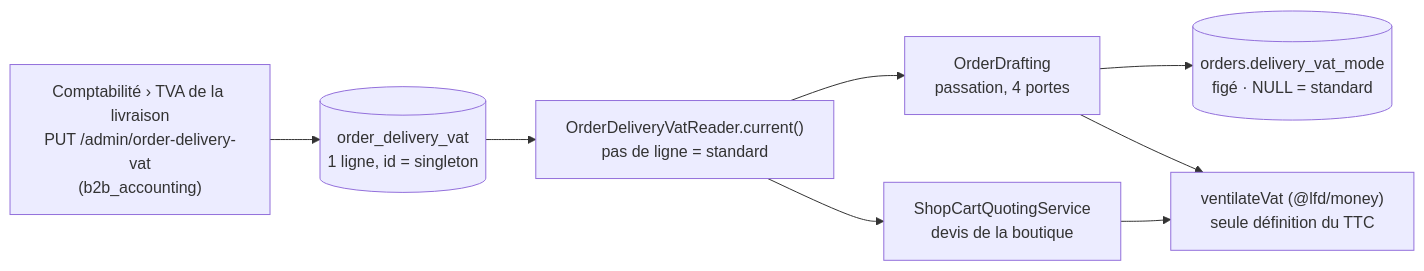
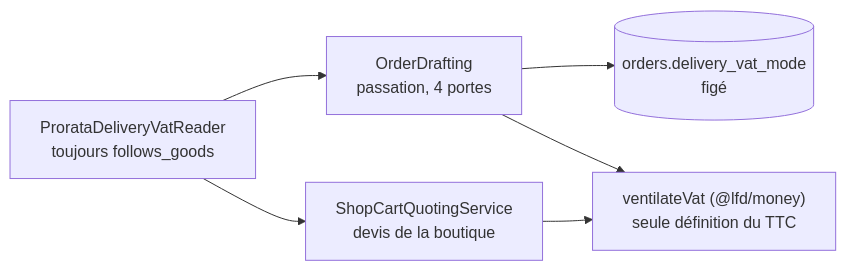
One commit to hugoheynard/lfd changed the diagram in documentation/commandes/bon-et-pieces/architecture-tva-des-frais-de-port.md. Above: the diagram before and after it, drawn with Mermaid. The commit also changed other lines of this file and 45 other files, not shown here.

First line of the commit message:
feat(commandes): le port suit toujours la marchandise, au prorata

````diff
--- a/documentation/commandes/bon-et-pieces/architecture-tva-des-frais-de-port.md
+++ b/documentation/commandes/bon-et-pieces/architecture-tva-des-frais-de-port.md
@@ -22,10 +16,8 @@
 ```mermaid
 flowchart LR
-    A["Comptabilité › TVA de la livraison<br/>PUT /admin/order-delivery-vat<br/>(b2b_accounting)"] --> T[("order_delivery_vat<br/>1 ligne, id = singleton")]
-    T --> R["OrderDeliveryVatReader.current()<br/>pas de ligne = standard"]
-    R --> D["OrderDrafting<br/>passation, 4 portes"]
-    R --> Q["ShopCartQuotingService<br/>devis de la boutique"]
-    D --> O[("orders.delivery_vat_mode<br/>figé · NULL = standard")]
+    P["ProrataDeliveryVatReader<br/>toujours follows_goods"] --> D["OrderDrafting<br/>passation, 4 portes"]
+    P --> Q["ShopCartQuotingService<br/>devis de la boutique"]
+    D --> O[("orders.delivery_vat_mode<br/>figé")]
     D --> V["ventilateVat (@lfd/money)<br/>seule définition du TTC"]
     Q --> V
 ```
````
